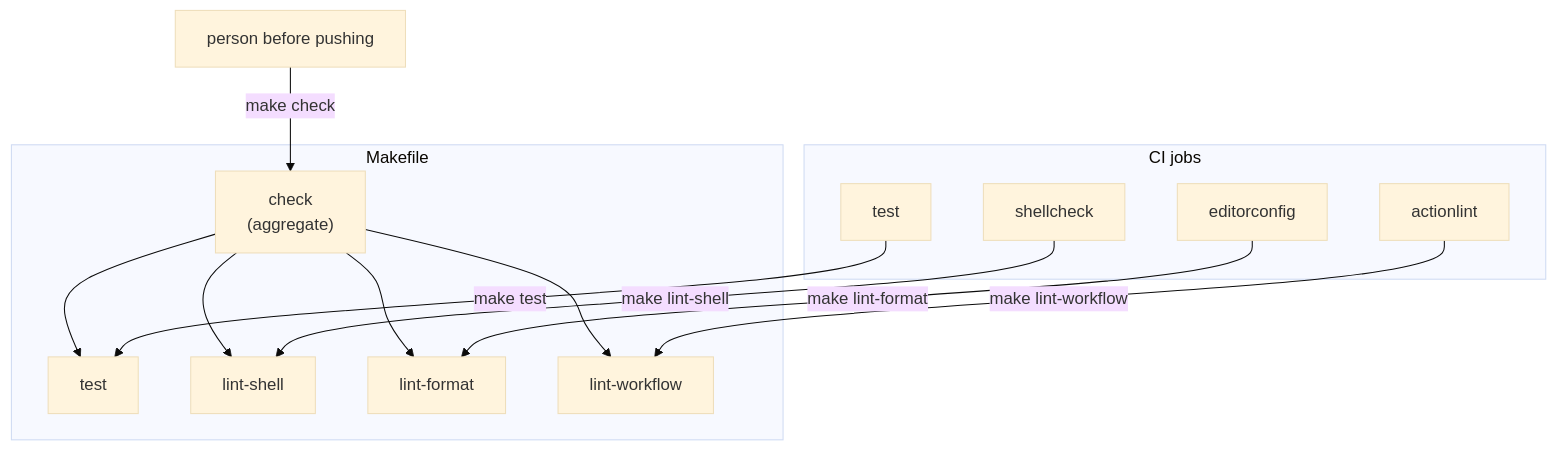
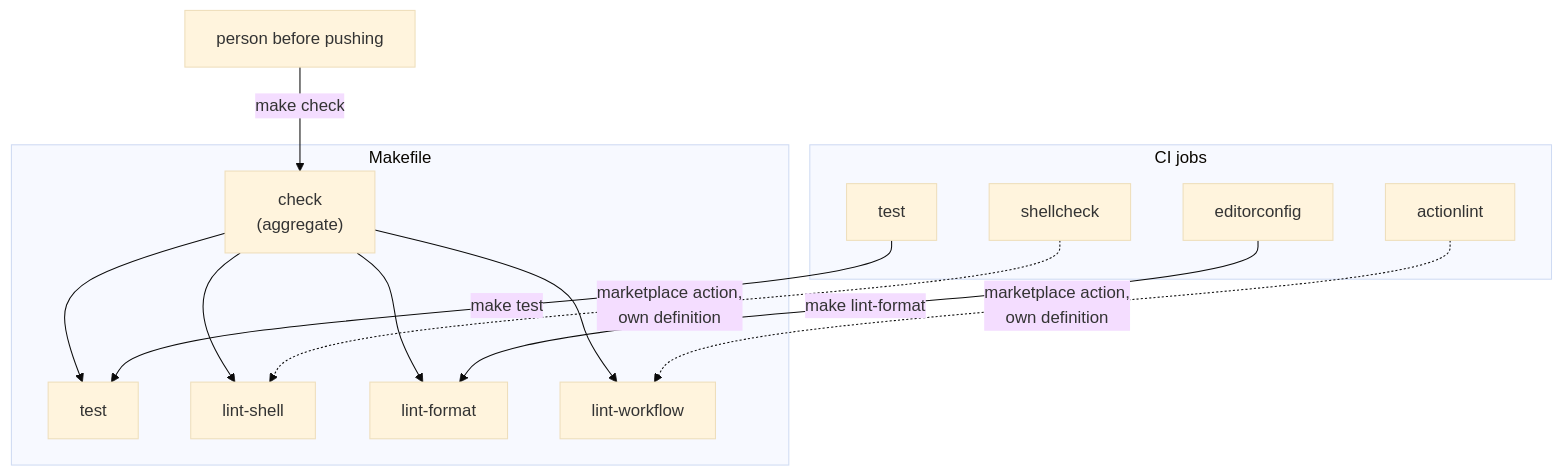
One commit to jasonheecs/dotfiles changed the diagram in openspec/changes/add-make-check-entry-point/design.md. Above: the diagram before and after it, drawn with Mermaid (base theme). The commit also changed other lines of this file and 6 other files, not shown here.

````diff
--- a/openspec/changes/add-make-check-entry-point/design.md
+++ b/openspec/changes/add-make-check-entry-point/design.md
@@ -22,28 +22,28 @@
 ```mermaid
 flowchart TD
     subgraph make["Makefile"]
         t0["check<br/>(aggregate)"]
         t1["test"]
         t2["lint-shell"]
         t3["lint-format"]
         t4["lint-workflow"]
         t0 --> t1
         t0 --> t2
         t0 --> t3
         t0 --> t4
     end
 
     person["person before pushing"] -->|make check| t0
 
     subgraph ci["CI jobs"]
         j1["test"]
         j2["shellcheck"]
         j3["editorconfig"]
         j4["actionlint"]
     end
 
     j1 -->|make test| t1
-    j2 -->|make lint-shell| t2
     j3 -->|make lint-format| t3
-    j4 -->|make lint-workflow| t4
+    j2 -.->|marketplace action,<br/>own definition| t2
+    j4 -.->|marketplace action,<br/>own definition| t4
 ```
````
